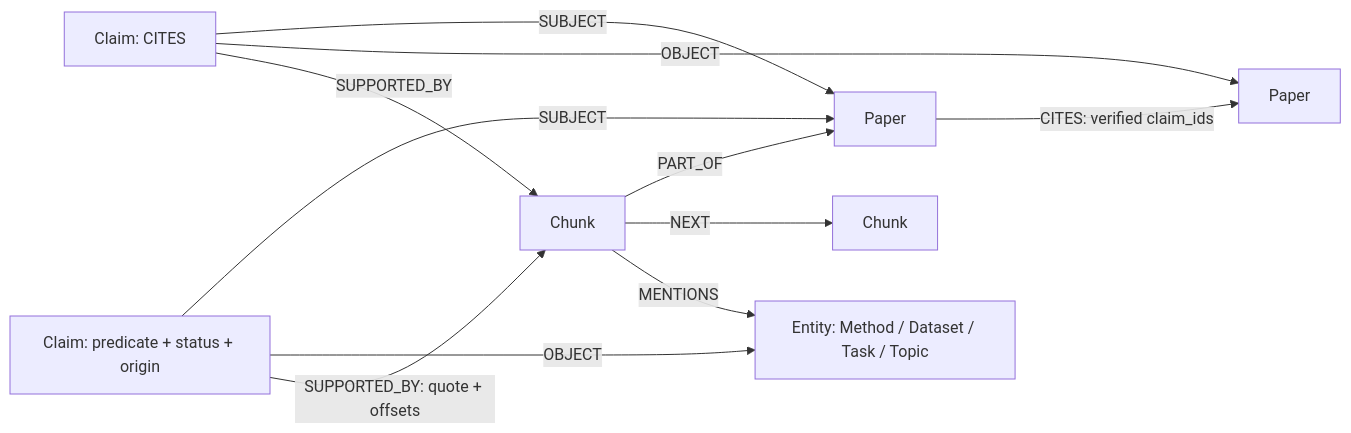
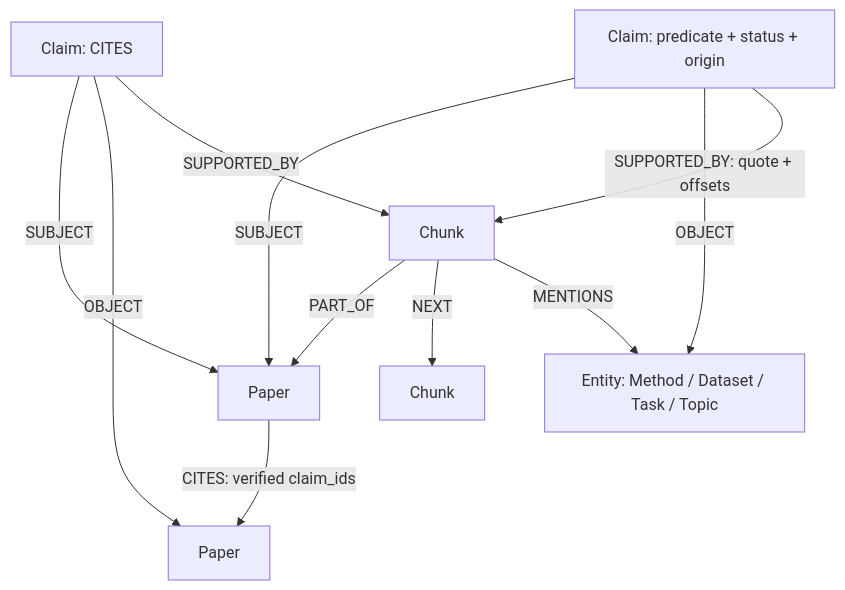
The second of 3 diagrams in docs/ARCHITECTURE.md (NeelSabharwal/GraphDBproject-NeelSabharwal-FabriceAfopa), drawn with Mermaid before and after one commit. The commit also changed other lines of this file and 5 other files, not shown here.

Commit message:
fix: correct diagram routing and documentation visual layout

````diff
--- a/docs/ARCHITECTURE.md
+++ b/docs/ARCHITECTURE.md
@@ -299,13 +300,14 @@
 ```mermaid
-flowchart LR
+%%{init: {"flowchart": {"nodeSpacing": 60, "rankSpacing": 70}}}%%
+flowchart TB
     C[Chunk] -->|PART_OF| P[Paper]
     C -->|NEXT| C2[Chunk]
     C -->|MENTIONS| E[Entity: Method / Dataset / Task / Topic]
     Q[Claim: predicate + status + origin] -->|SUBJECT| P
     Q -->|OBJECT| E
     Q -->|SUPPORTED_BY: quote + offsets| C
     Q2[Claim: CITES] -->|SUBJECT| P
     Q2 -->|OBJECT| P2[Paper]
     Q2 -->|SUPPORTED_BY| C
     P -->|CITES: verified claim_ids| P2
 ```
````
